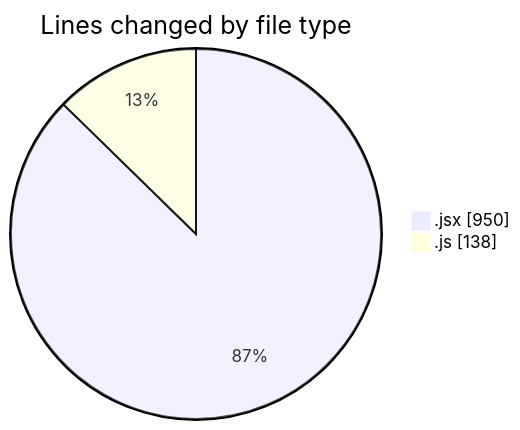
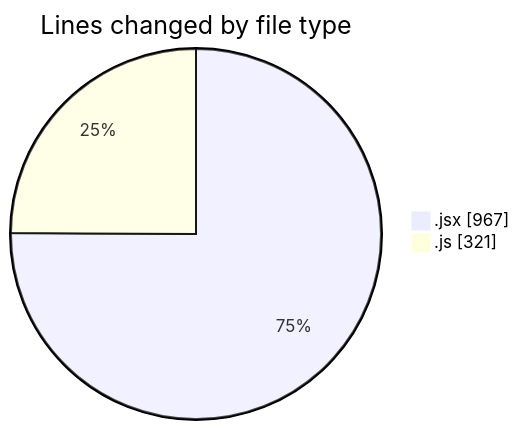
Before and after one commit to nxtqubesakshisongat/code-tracking: the first of 2 diagrams in 2025-06-30/argos/README.md, drawn with Mermaid. The commit also changed other lines of this file and 1 other file, not shown here.

````diff
--- a/2025-06-30/argos/README.md
+++ b/2025-06-30/argos/README.md
@@ -23,6 +24,6 @@
 ```mermaid
 pie showData
 title Lines changed by file type
-".jsx" : 950
-".js" : 138
+".jsx" : 967
+".js" : 321
 ```
````
